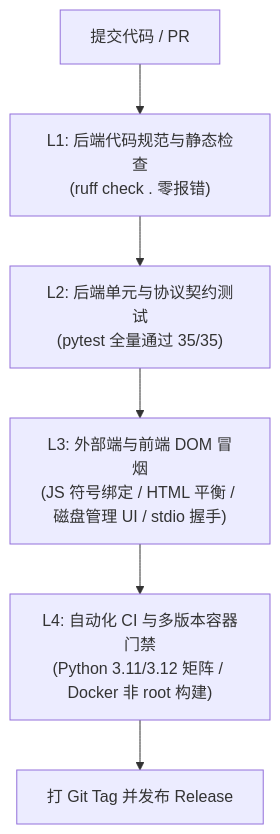
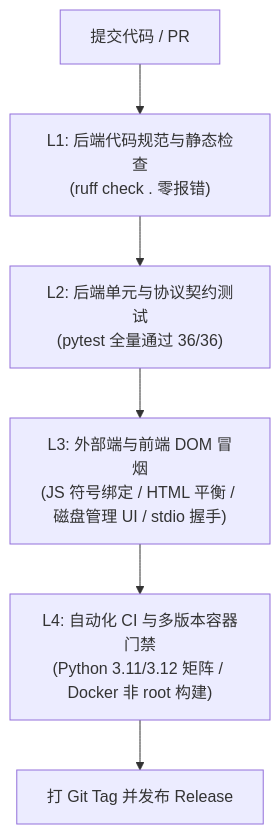
The diagram in RELEASE_SPEC.md (khc8655/image-mcp), drawn with Mermaid before and after one commit. The commit also changed other lines of this file, not shown here.

Commit message:
docs(spec): sync test count to 36 tests in RELEASE_SPEC

````diff
--- a/RELEASE_SPEC.md
+++ b/RELEASE_SPEC.md
@@ -23,8 +23,8 @@
 ```mermaid
 graph TD
     PR["提交代码 / PR"] --> G1["L1: 后端代码规范与静态检查<br/>(ruff check . 零报错)"]
-    G1 --> G2["L2: 后端单元与协议契约测试<br/>(pytest 全量通过 35/35)"]
+    G1 --> G2["L2: 后端单元与协议契约测试<br/>(pytest 全量通过 36/36)"]
     G2 --> G3["L3: 外部端与前端 DOM 冒烟<br/>(JS 符号绑定 / HTML 平衡 / 磁盘管理 UI / stdio 握手)"]
     G3 --> G4["L4: 自动化 CI 与多版本容器门禁<br/>(Python 3.11/3.12 矩阵 / Docker 非 root 构建)"]
     G4 --> Tag["打 Git Tag 并发布 Release"]
 ```
````
